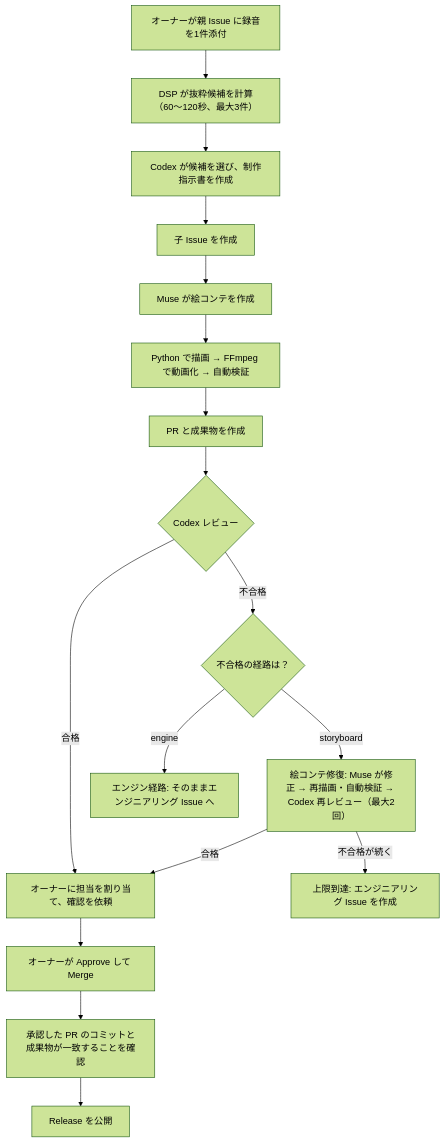
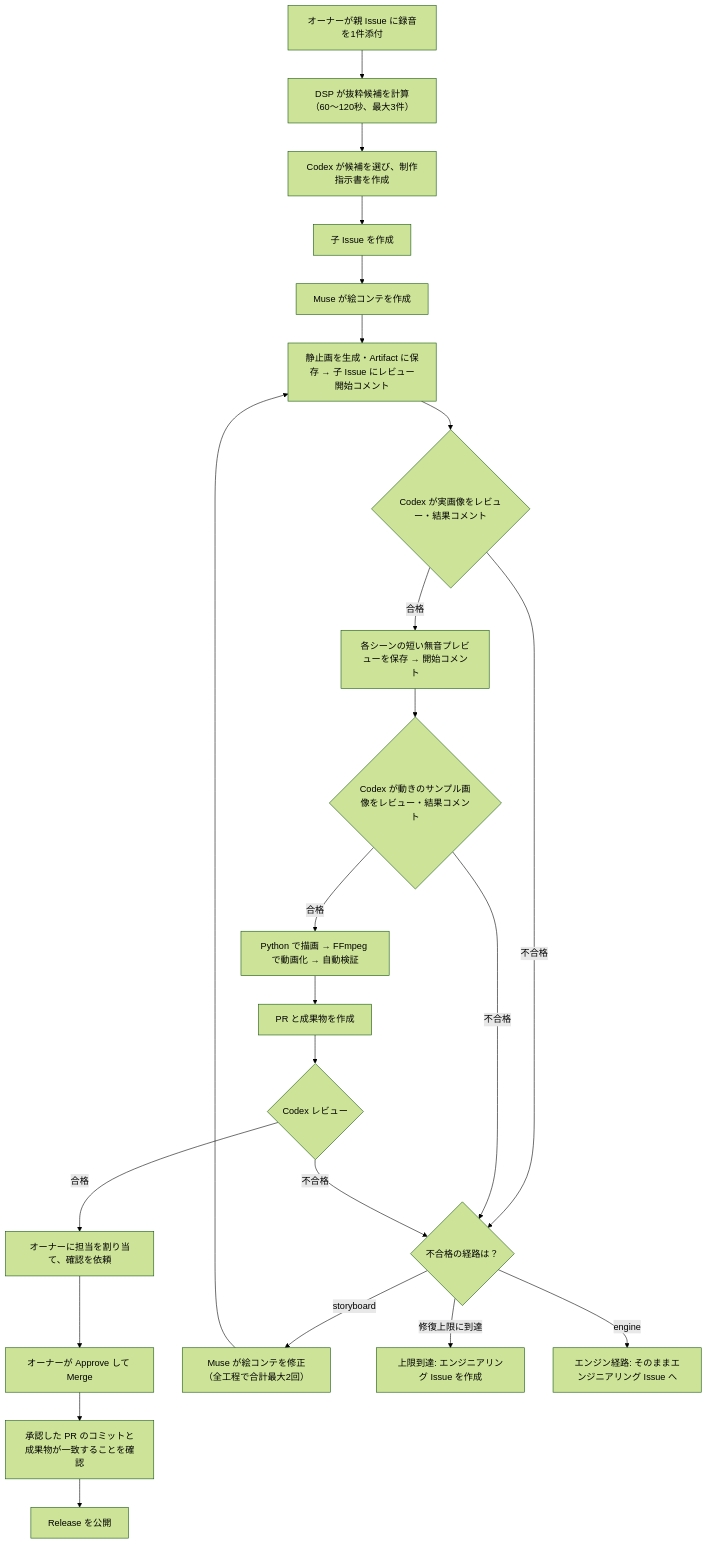
The diagram in README.md (YusukeIwaki/chopin-mood), drawn with Mermaid (forest theme) before and after one commit. The commit also changed other lines of this file and 22 other files, not shown here.

````diff
--- a/README.md
+++ b/README.md
@@ -14,26 +14,34 @@
 ```mermaid
 flowchart TD
   A["オーナーが親 Issue に録音を1件添付"]
   B["DSP が抜粋候補を計算（60〜120秒、最大3件）"]
   C["Codex が候補を選び、制作指示書を作成"]
   D["子 Issue を作成"]
   E["Muse が絵コンテを作成"]
+  P["静止画を生成・Artifact に保存 → 子 Issue にレビュー開始コメント"]
+  Q{"Codex が実画像をレビュー・結果コメント"}
+  T["各シーンの短い無音プレビューを保存 → 開始コメント"]
+  U{"Codex が動きのサンプル画像をレビュー・結果コメント"}
   F["Python で描画 → FFmpeg で動画化 → 自動検証"]
   G["PR と成果物を作成"]
   H{"Codex レビュー"}
   I["オーナーに担当を割り当て、確認を依頼"]
   J["オーナーが Approve して Merge"]
   K["承認した PR のコミットと成果物が一致することを確認"]
   L["Release を公開"]
   R{"不合格の経路は？"}
-  S["絵コンテ修復: Muse が修正 → 再描画・自動検証 → Codex 再レビュー（最大2回）"]
+  S["Muse が絵コンテを修正（全工程で合計最大2回）"]
   X["上限到達: エンジニアリング Issue を作成"]
   Y["エンジン経路: そのままエンジニアリング Issue へ"]
-  A --> B --> C --> D --> E --> F --> G --> H
+  A --> B --> C --> D --> E --> P --> Q
+  Q -->|合格| T --> U
+  U -->|合格| F --> G --> H
+  Q -->|不合格| R
+  U -->|不合格| R
   H -->|合格| I --> J --> K --> L
   H -->|不合格| R
   R -->|storyboard| S
-  S -->|合格| I
-  S -->|不合格が続く| X
+  S --> P
+  R -->|修復上限に到達| X
   R -->|engine| Y
 ```
````
